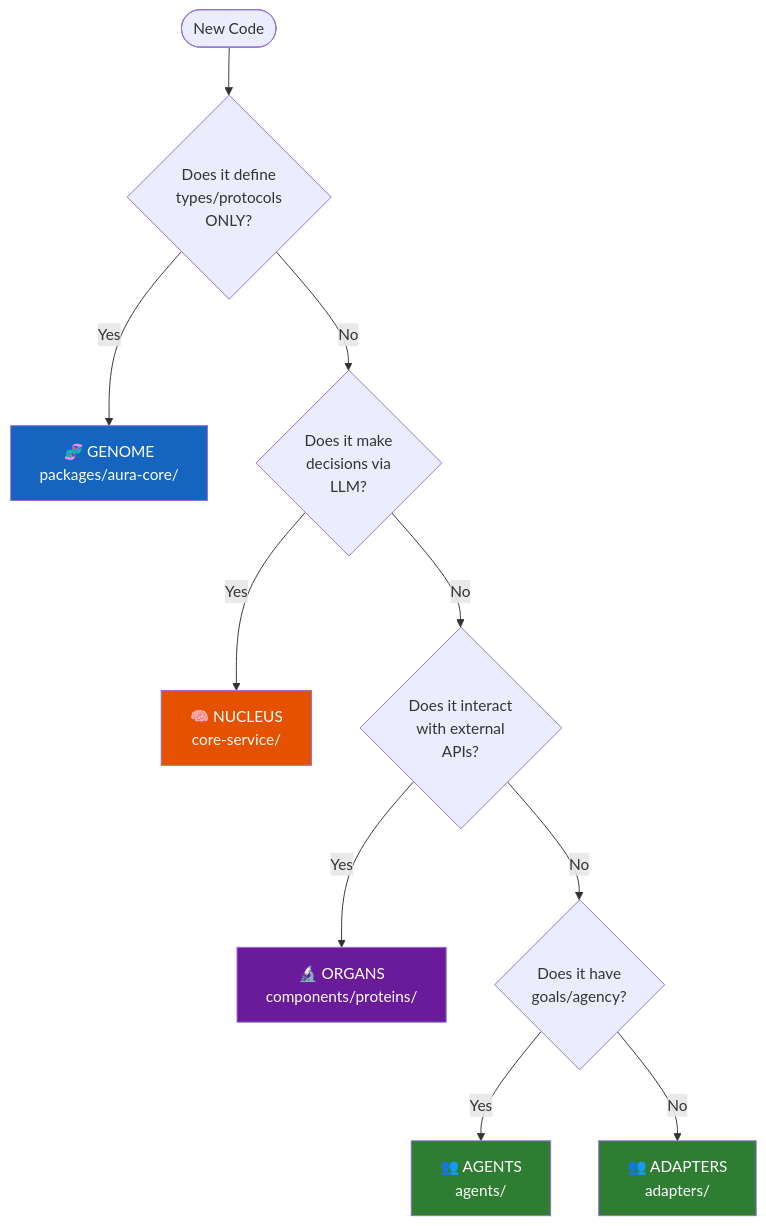
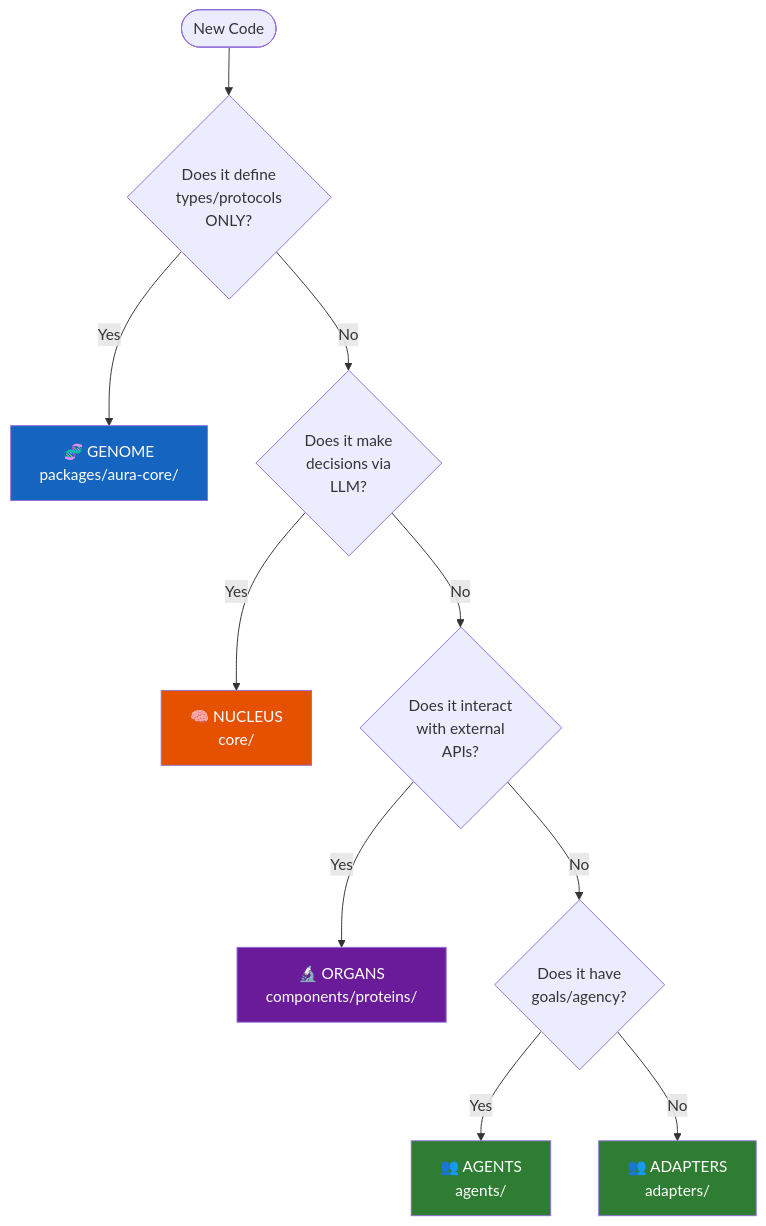
Before and after one commit to zaebee/aura: the third of 3 diagrams in docs/visual/hive/four-levels.md, drawn with Mermaid. The commit also changed other lines of this file and 7 other files, not shown here.

First line of the commit message:
docs(visual): remediate Gemini review round 5 + align with core-service→core migration

````diff
--- a/docs/visual/hive/four-levels.md
+++ b/docs/visual/hive/four-levels.md
@@ -301,18 +301,18 @@
 ```mermaid
 flowchart TD
     Start([New Code]) --> Q1{Does it define<br/>types/protocols<br/>ONLY?}
     Q1 -->|Yes| Genome["🧬 GENOME<br/>packages/aura-core/"]
     Q1 -->|No| Q2{Does it make<br/>decisions via<br/>LLM?}
-    Q2 -->|Yes| Nucleus["🧠 NUCLEUS<br/>core-service/"]
+    Q2 -->|Yes| Nucleus["🧠 NUCLEUS<br/>core/"]
     Q2 -->|No| Q3{Does it interact<br/>with external<br/>APIs?}
     Q3 -->|Yes| Organs["🔬 ORGANS<br/>components/proteins/"]
     Q3 -->|No| Q4{Does it have<br/>goals/agency?}
     Q4 -->|Yes| Agents["👥 AGENTS<br/>agents/"]
     Q4 -->|No| Adapters["👥 ADAPTERS<br/>adapters/"]
 
     style Genome fill:#1565c0,color:#fff
     style Nucleus fill:#e65100,color:#fff
     style Organs fill:#6a1b9a,color:#fff
     style Agents fill:#2e7d32,color:#fff
     style Adapters fill:#2e7d32,color:#fff
 ```
````
